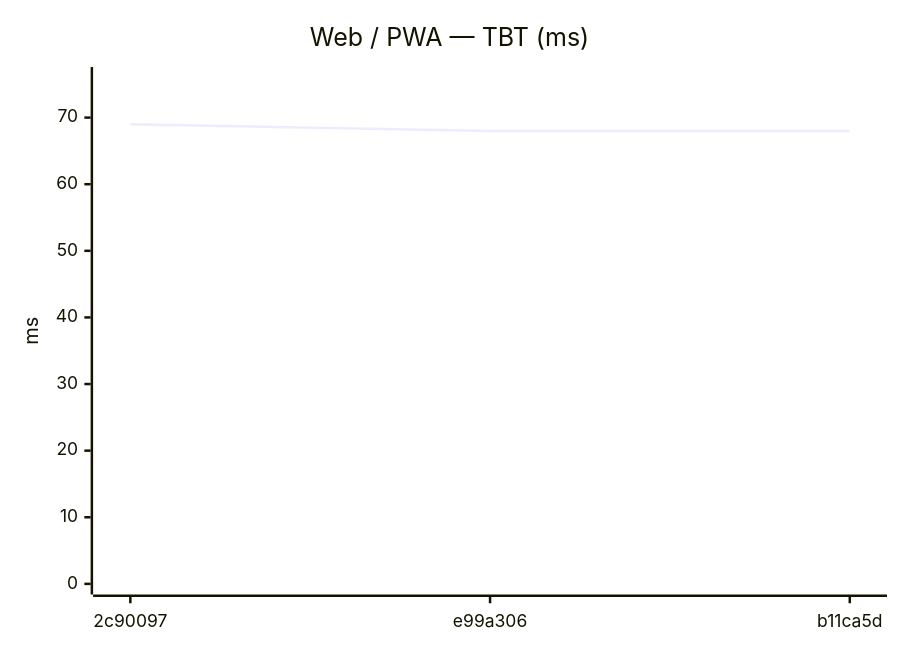
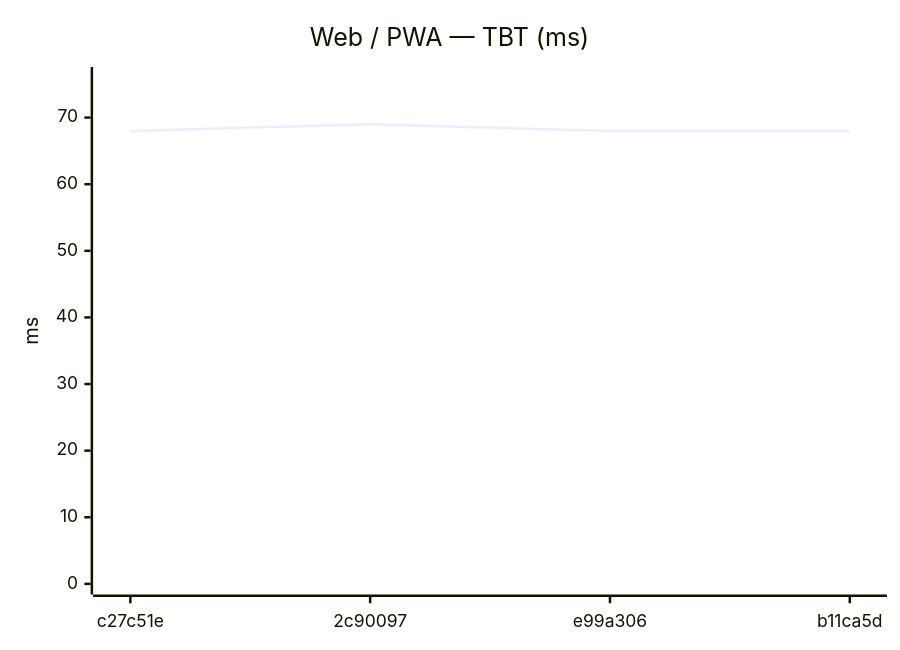
One commit to Metaheurist/Rianell changed the tenth of 24 diagrams in benchmarks/compare.md. Above: the diagram before and after it, drawn with Mermaid. The commit also changed other lines of this file and 12 other files, not shown here.

````diff
--- a/benchmarks/compare.md
+++ b/benchmarks/compare.md
@@ -121,7 +126,7 @@
 ```mermaid
 xychart-beta
     title "Web / PWA — TBT (ms)"
-    x-axis ["2c90097", "e99a306", "b11ca5d"]
+    x-axis ["c27c51e", "2c90097", "e99a306", "b11ca5d"]
     y-axis "ms" 0 --> 76
-    line [69, 68, 68]
+    line [68, 69, 68, 68]
 ```
````
